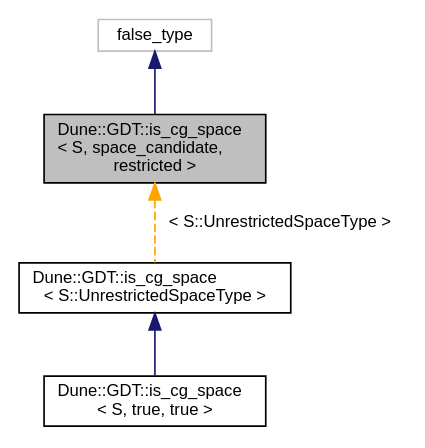
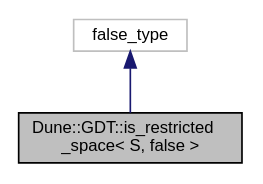
The diagram in docs/dune-gdt/''/a03155.dot (dune-community/dune-community.github.io), drawn with Graphviz before and after one commit. The commit also changed 2519 other files, not shown here.

Commit message:
Updated documentation for dune-gdt ''

```diff
--- a/docs/dune-gdt/''/a03155.dot
+++ b/docs/dune-gdt/''/a03155.dot
@@ -1,12 +1,8 @@
-digraph "Dune::GDT::is_cg_space&lt; S, space_candidate, restricted &gt;"
+digraph "Dune::GDT::is_restricted_space&lt; S, false &gt;"
 {
   edge [fontname="Helvetica",fontsize="10",labelfontname="Helvetica",labelfontsize="10"];
   node [fontname="Helvetica",fontsize="10",shape=record];
-  Node0 [label="Dune::GDT::is_cg_space\l\< S, space_candidate,\l restricted \>",height=0.2,width=0.4,color="black", fillcolor="grey75", style="filled", fontcolor="black"];
+  Node0 [label="Dune::GDT::is_restricted\l_space\< S, false \>",height=0.2,width=0.4,color="black", fillcolor="grey75", style="filled", fontcolor="black"];
   Node1 -> Node0 [dir="back",color="midnightblue",fontsize="10",style="solid",fontname="Helvetica"];
   Node1 [label="false_type",height=0.2,width=0.4,color="grey75", fillcolor="white", style="filled"];
-  Node0 -> Node2 [dir="back",color="orange",fontsize="10",style="dashed",label=" \< S::UnrestrictedSpaceType \>" ,fontname="Helvetica"];
-  Node2 [label="Dune::GDT::is_cg_space\l\< S::UnrestrictedSpaceType \>",height=0.2,width=0.4,color="black", fillcolor="white", style="filled",URL="$a03156.html"];
-  Node2 -> Node3 [dir="back",color="midnightblue",fontsize="10",style="solid",fontname="Helvetica"];
-  Node3 [label="Dune::GDT::is_cg_space\l\< S, true, true \>",height=0.2,width=0.4,color="black", fillcolor="white", style="filled",URL="$a03164.html"];
 }
```
